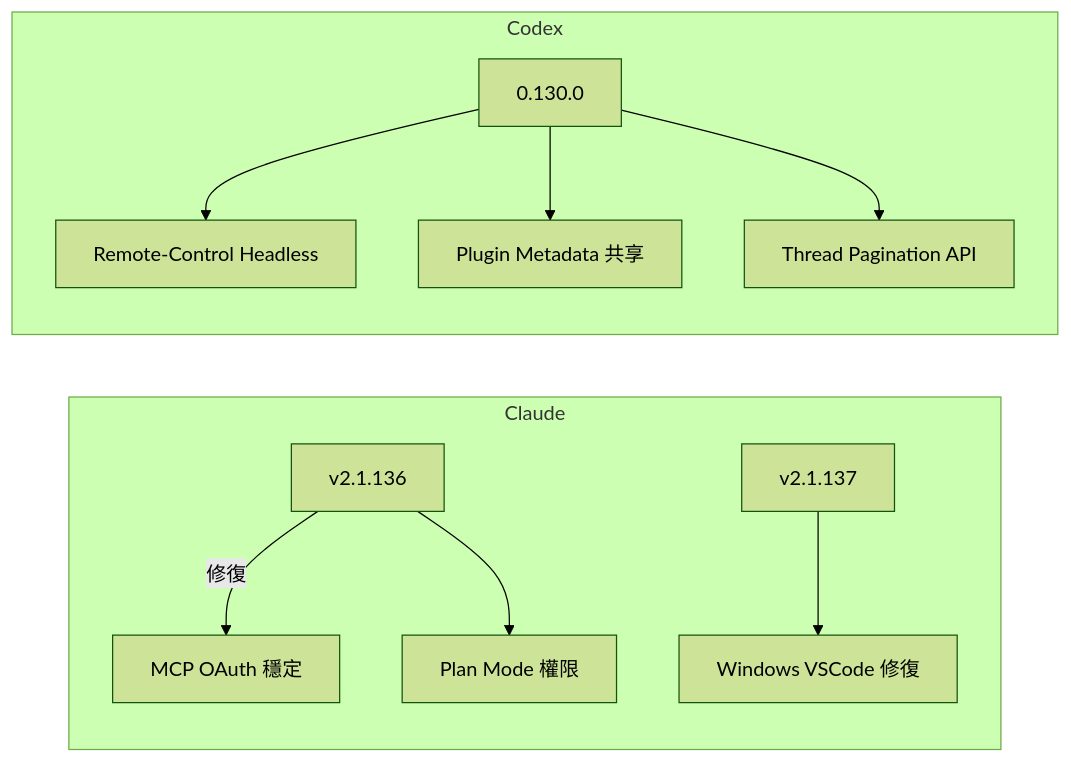
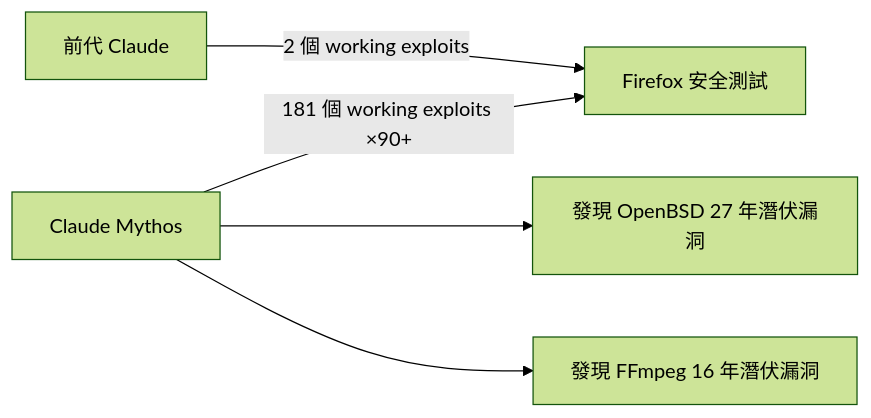
Before and after one commit to nick-xrex/ai-daily-content: the first of 2 diagrams in 20-daily/2026-05-09.md, drawn with Mermaid (forest theme). The commit also changed other lines of this file and 232 other files, not shown here.

````diff
--- a/20-daily/2026-05-09.md
+++ b/20-daily/2026-05-09.md
@@ -51,13 +37,7 @@
 ```mermaid
-flowchart LR
-    subgraph Claude
-        A[v2.1.136] -->|修復| B[MCP OAuth 穩定]
-        A --> C[Plan Mode 權限]
-        A2[v2.1.137] --> D[Windows VSCode 修復]
-    end
-    subgraph Codex
-        E[0.130.0] --> F[Remote-Control Headless]
-        E --> G[Plugin Metadata 共享]
-        E --> H[Thread Pagination API]
-    end
+graph LR
+    A[前代 Claude] -->|2 個 working exploits| B[Firefox 安全測試]
+    C[Claude Mythos] -->|181 個 working exploits ×90+| B
+    C --> D[發現 OpenBSD 27 年潛伏漏洞]
+    C --> E[發現 FFmpeg 16 年潛伏漏洞]
 ```
````
